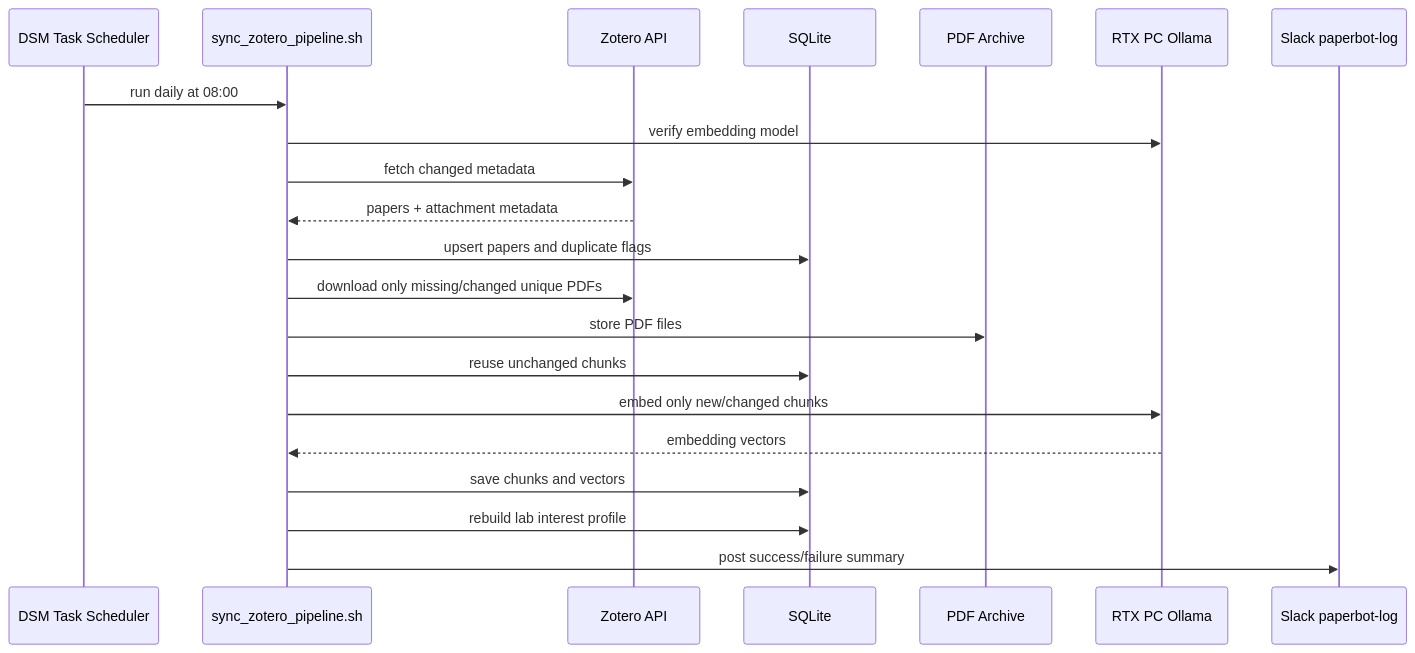
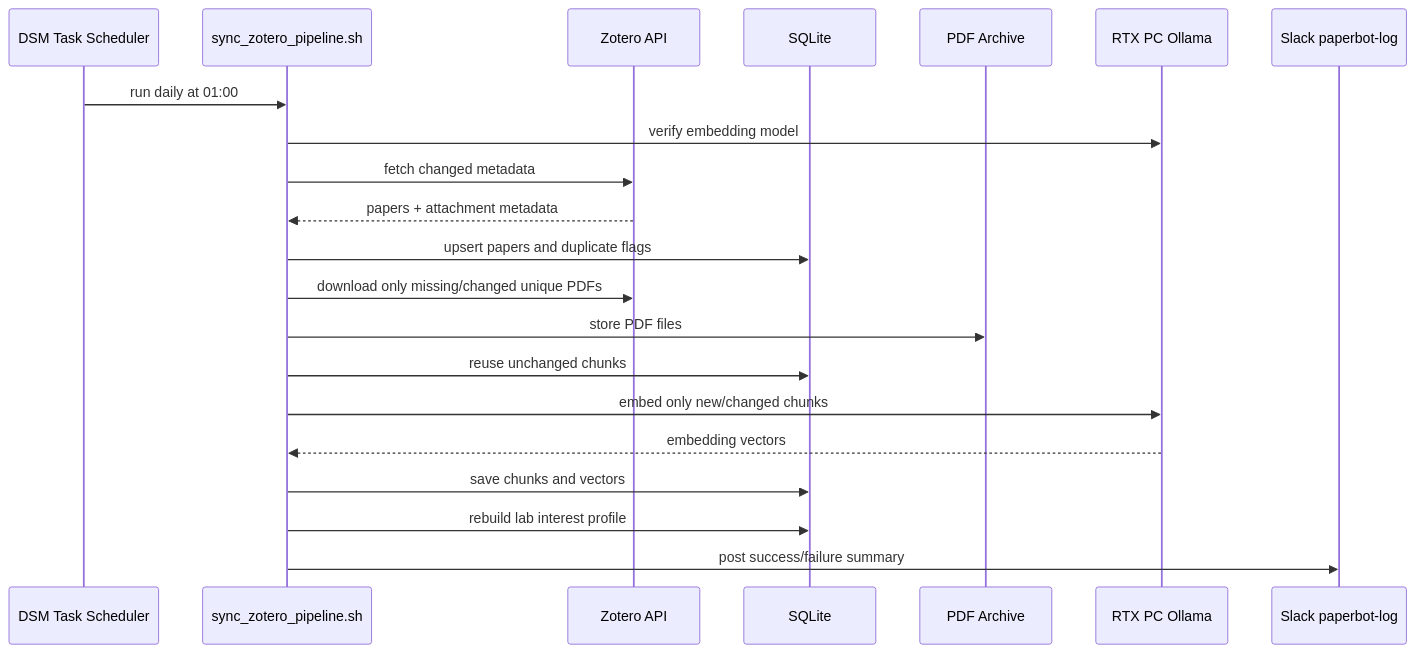
Before and after one commit to woolen-yarn/kohdalab-paperbot: the second of 4 diagrams in docs/ARCHITECTURE.md, drawn with Mermaid. The commit also changed other lines of this file and 8 other files, not shown here.

````diff
--- a/docs/ARCHITECTURE.md
+++ b/docs/ARCHITECTURE.md
@@ -65,24 +65,24 @@
 ```mermaid
 sequenceDiagram
   participant DSM as DSM Task Scheduler
   participant Sync as sync_zotero_pipeline.sh
   participant Zotero as Zotero API
   participant DB as SQLite
   participant PDF as PDF Archive
   participant Ollama as RTX PC Ollama
   participant Slack as Slack paperbot-log
 
-  DSM->>Sync: run daily at 08:00
+  DSM->>Sync: run daily at 01:00
   Sync->>Ollama: verify embedding model
   Sync->>Zotero: fetch changed metadata
   Zotero-->>Sync: papers + attachment metadata
   Sync->>DB: upsert papers and duplicate flags
   Sync->>Zotero: download only missing/changed unique PDFs
   Sync->>PDF: store PDF files
   Sync->>DB: reuse unchanged chunks
   Sync->>Ollama: embed only new/changed chunks
   Ollama-->>Sync: embedding vectors
   Sync->>DB: save chunks and vectors
   Sync->>DB: rebuild lab interest profile
   Sync->>Slack: post success/failure summary
 ```
````
